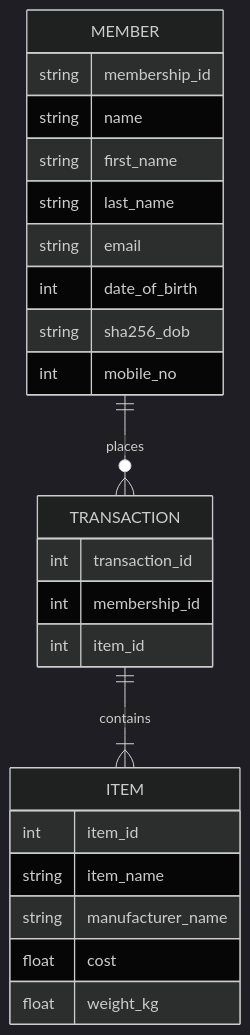
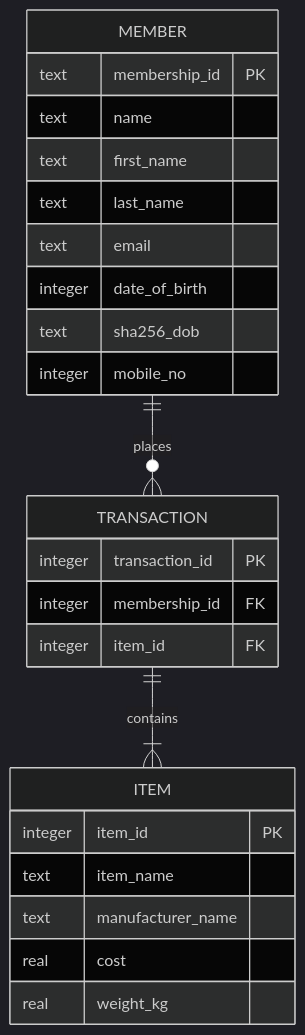
One commit to tonyngmk/Data-Engineer-Tech-Challenge changed the second of 2 diagrams in 2-database/README.md. Above: the diagram before and after it, drawn with Mermaid (dark theme). The commit also changed other lines of this file, not shown here.

Commit message:
feat: alter ERD

````diff
--- a/2-database/README.md
+++ b/2-database/README.md
@@ -14,27 +28,27 @@
 ```mermaid
 erDiagram
     MEMBER ||--o{ TRANSACTION : places
     MEMBER {
-        string membership_id
-        string name
-        string first_name
-        string last_name
-        string email
-        int    date_of_birth
-        string sha256_dob
-        int    mobile_no
+        text       membership_id PK
+        text       name
+        text       first_name
+        text       last_name
+        text       email
+        integer    date_of_birth
+        text       sha256_dob
+        integer    mobile_no
     }
     TRANSACTION ||--|{ ITEM : contains
     TRANSACTION {
-        int   transaction_id
-        int   membership_id
-        int   item_id
+        integer    transaction_id PK
+        integer    membership_id  FK
+        integer    item_id        FK
     }
     ITEM {
-        int    item_id
-        string item_name
-        string manufacturer_name
-        float  cost
-        float  weight_kg
+        integer    item_id        PK
+        text       item_name
+        text       manufacturer_name
+        real       cost
+        real       weight_kg
     }
 ```
````
